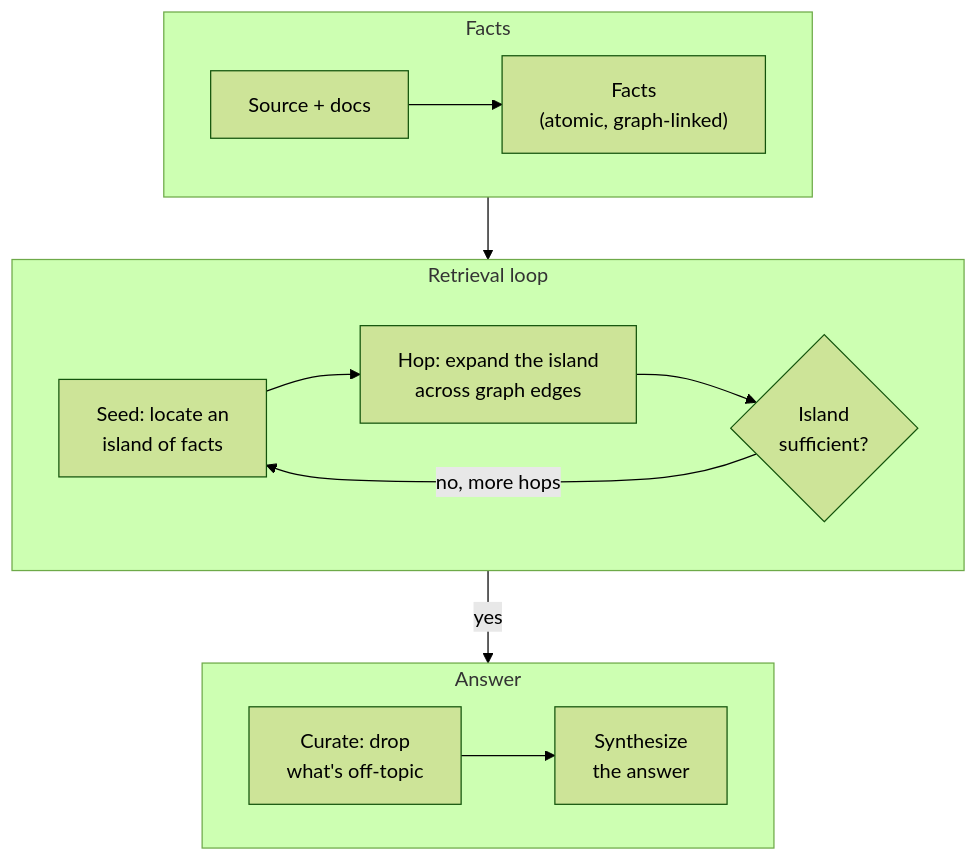
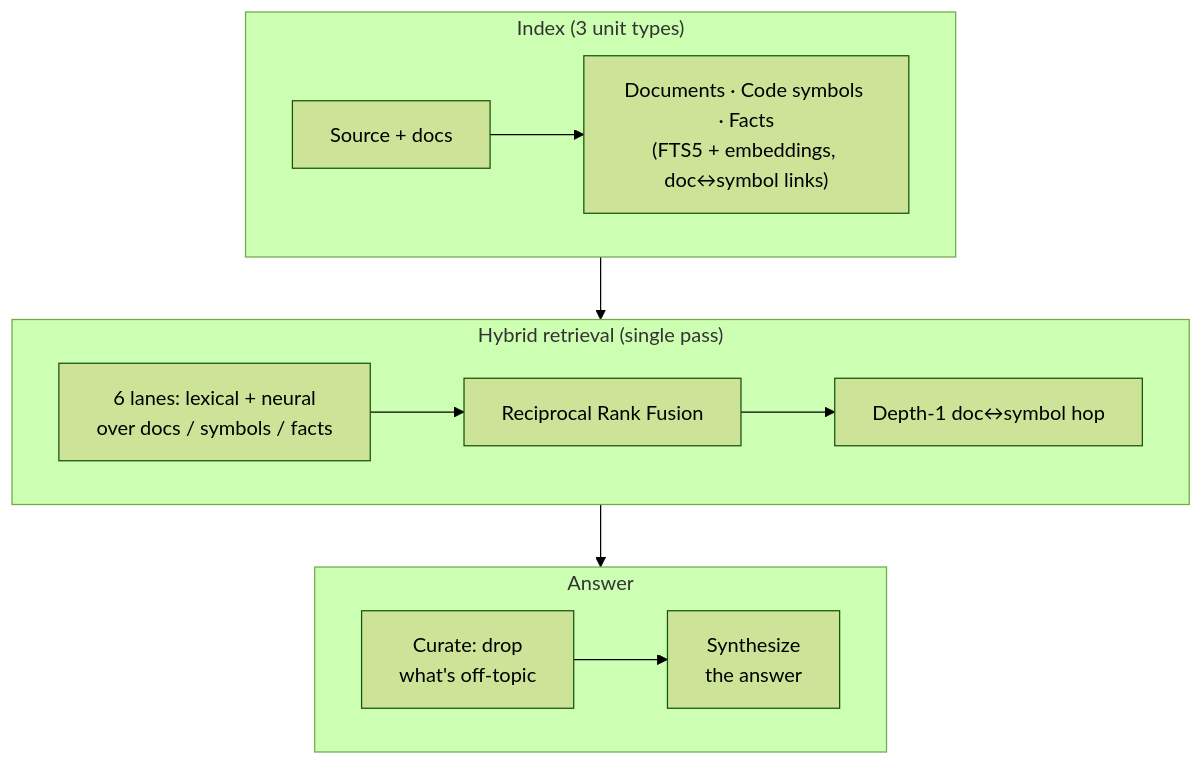
One commit to rosenjcb/kb changed the diagram in research/figures/kb-arch.mmd. Above: the diagram before and after it, drawn with Mermaid (forest theme). The commit also changed 250 other files, not shown here.

First line of the commit message:
feat!: index whole documents and symbols; drop the fact graph (#213)

```diff
--- a/research/figures/kb-arch.mmd
+++ b/research/figures/kb-arch.mmd
@@ -1,21 +1,20 @@
 flowchart TB
-    subgraph S1["Facts"]
+    subgraph S1["Index (3 unit types)"]
         direction LR
-        A["Source + docs"] --> B["Facts<br/>(atomic, graph-linked)"]
+        A["Source + docs"] --> B["Documents · Code symbols · Facts<br/>(FTS5 + embeddings, doc↔symbol links)"]
     end
 
     B --> D
 
-    subgraph S2["Retrieval loop"]
+    subgraph S2["Hybrid retrieval (single pass)"]
         direction LR
-        D["Seed: locate an<br/>island of facts"] --> E["Hop: expand the island<br/>across graph edges"]
-        E --> F{"Island<br/>sufficient?"}
-        F -- "no, more hops" --> D
+        D["6 lanes: lexical + neural<br/>over docs / symbols / facts"] --> E["Reciprocal Rank Fusion"]
+        E --> F["Depth-1 doc↔symbol hop"]
     end
 
     subgraph S3["Answer"]
         direction LR
         G["Curate: drop<br/>what's off-topic"] --> H["Synthesize<br/>the answer"]
     end
 
-    F -- "yes" --> G
+    F --> G
```
